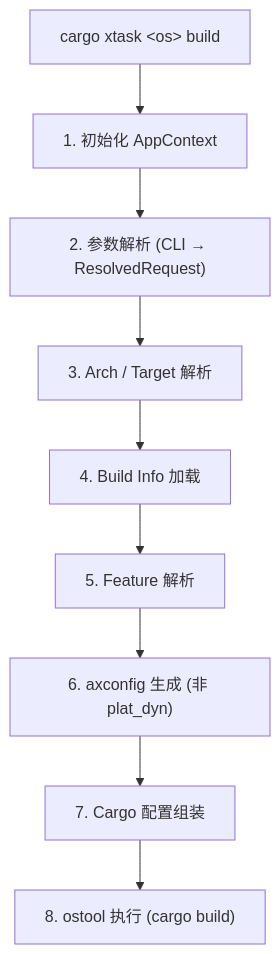
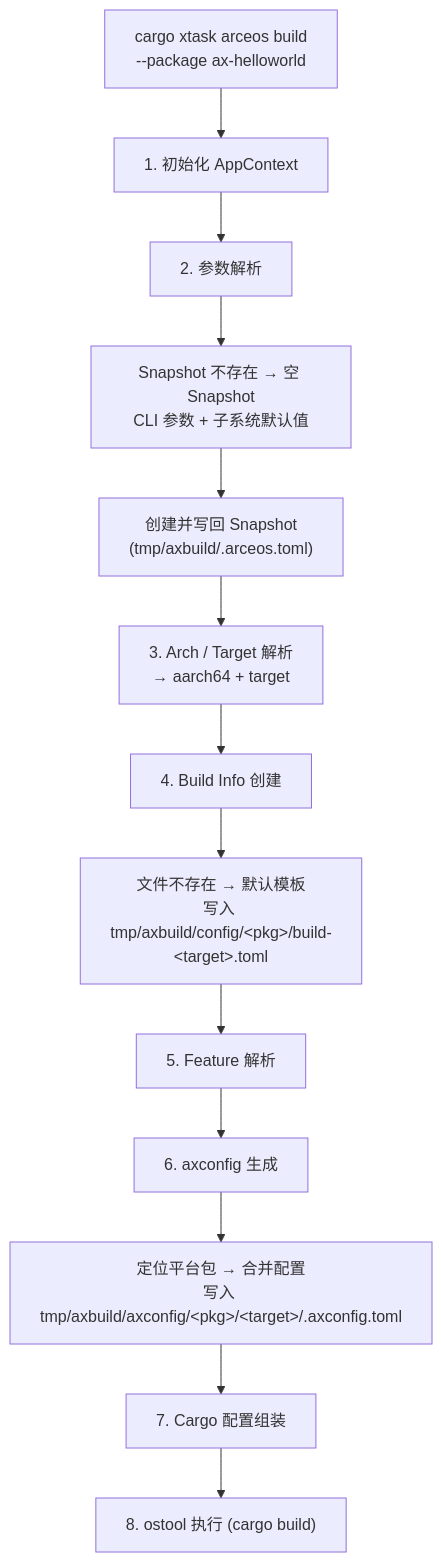
One commit to rcore-os/tgoskits changed the first of 6 diagrams in docs/docs/build/build.md. Above: the diagram before and after it, drawn with Mermaid. The commit also changed other lines of this file and 1 other file, not shown here.

Commit message:
Enhance build documentation to clarify initial and subsequent build processes, including Snapshot handling and parameter merging details.

````diff
--- a/docs/docs/build/build.md
+++ b/docs/docs/build/build.md
@@ -16,11 +16,15 @@
 ```mermaid
 flowchart TD
-    A["cargo xtask &lt;os&gt; build"] --> B[1. 初始化 AppContext]
-    B --> C["2. 参数解析 (CLI → ResolvedRequest)"]
-    C --> D["3. Arch / Target 解析"]
-    D --> E["4. Build Info 加载"]
-    E --> F["5. Feature 解析"]
-    F --> G["6. axconfig 生成 (非 plat_dyn)"]
-    G --> H["7. Cargo 配置组装"]
+    A["cargo xtask arceos build<br/>--package ax-helloworld"] --> B[1. 初始化 AppContext]
+    B --> C["2. 参数解析"]
+    C --> C1["Snapshot 不存在 → 空 Snapshot<br/>CLI 参数 + 子系统默认值"]
+    C1 --> C2["创建并写回 Snapshot<br/>(tmp/axbuild/.arceos.toml)"]
+    C2 --> D["3. Arch / Target 解析<br/>→ aarch64 + target"]
+    D --> E["4. Build Info 创建"]
+    E --> E1["文件不存在 → 默认模板<br/>写入 tmp/axbuild/config/&lt;pkg&gt;/build-&lt;target&gt;.toml"]
+    E1 --> F["5. Feature 解析"]
+    F --> G["6. axconfig 生成"]
+    G --> G1["定位平台包 → 合并配置<br/>写入 tmp/axbuild/axconfig/&lt;pkg&gt;/&lt;target&gt;/.axconfig.toml"]
+    G1 --> H["7. Cargo 配置组装"]
     H --> I["8. ostool 执行 (cargo build)"]
 ```
````
